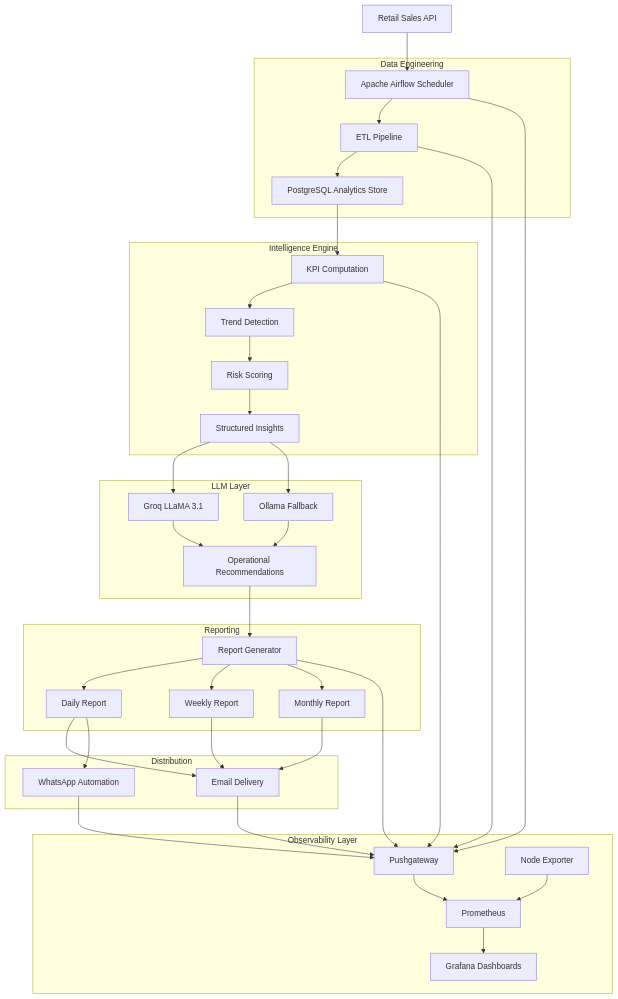
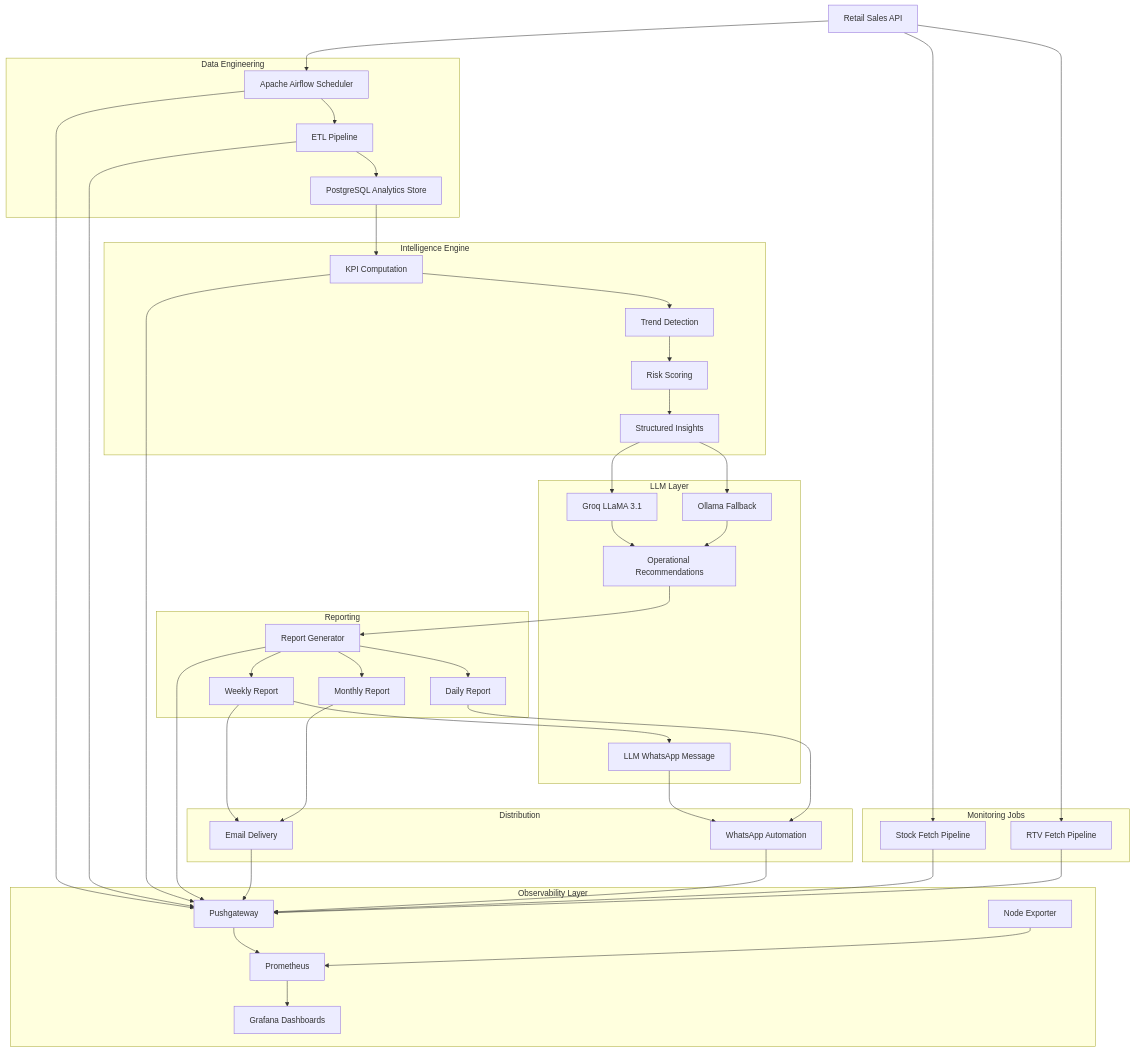
One commit to SominZex/sales_analysis_algorithm changed the first of 2 diagrams in readme.md. Above: the diagram before and after it, drawn with Mermaid. The commit also changed other lines of this file and 3 other files, not shown here.

````diff
--- a/readme.md
+++ b/readme.md
@@ -28,6 +29,7 @@
 I[Groq LLaMA 3.1]
 J[Ollama Fallback]
 K[Operational Recommendations]
+W[LLM WhatsApp Message]
 end
 
 subgraph Reporting
@@ -40,6 +42,11 @@
 subgraph Distribution
 P[Email Delivery]
 Q[WhatsApp Automation]
+end
+
+subgraph Monitoring Jobs
+X[Stock Fetch Pipeline]
+Y[RTV Fetch Pipeline]
 end
 
 subgraph Observability Layer
@@ -69,10 +76,17 @@
 L --> N
 L --> O
 
-M --> P
+%% Notifications
+N --> W
+W --> Q
+
 M --> Q
 N --> P
 O --> P
+
+%% Monitoring jobs
+A --> X
+A --> Y
 
 %% Observability flows
 B --> S
@@ -81,8 +95,10 @@
 L --> S
 P --> S
 Q --> S
+X --> S
+Y --> S
 
 S --> R
 T --> R
-R --> U 
+R --> U
 ```
````
